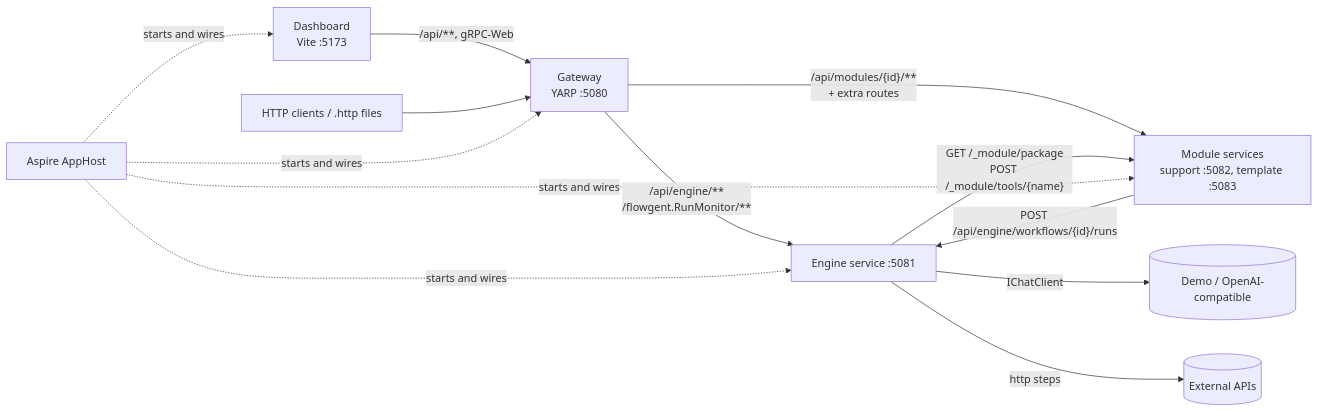
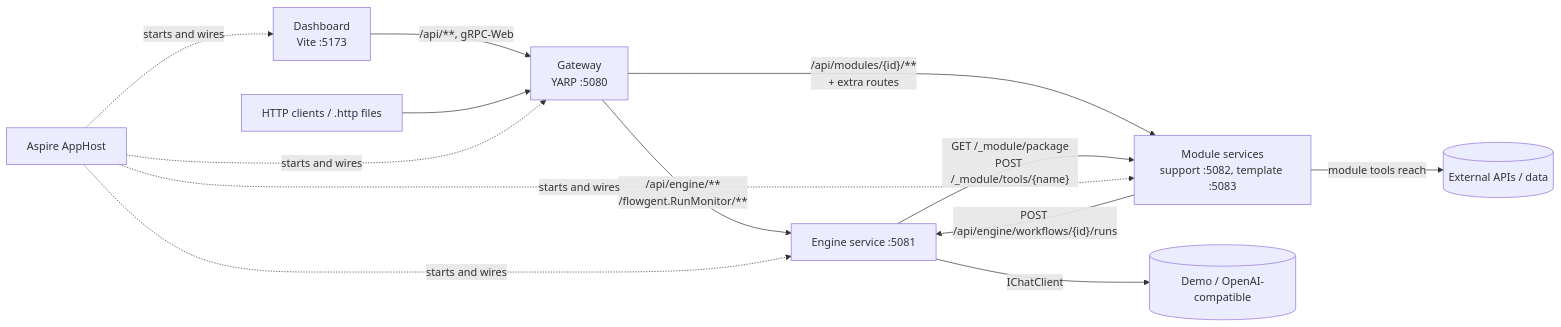
One commit to GabrieleTronchin/Flowgent changed the first of 2 diagrams in docs/architecture.md. Above: the diagram before and after it, drawn with Mermaid. The commit also changed 4 other files, not shown here.

````diff
--- a/docs/architecture.md
+++ b/docs/architecture.md
@@ -9,12 +9,12 @@
 ```mermaid
 graph LR
     Browser[Dashboard<br/>Vite :5173] -->|/api/**, gRPC-Web| GW[Gateway<br/>YARP :5080]
     Client[HTTP clients / .http files] --> GW
     GW -->|"/api/engine/**<br/>/flowgent.RunMonitor/**"| ENG[Engine service :5081]
     GW -->|"/api/modules/{id}/**<br/>+ extra routes"| MOD[Module services<br/>support :5082, template :5083]
     ENG -->|"GET /_module/package<br/>POST /_module/tools/{name}"| MOD
     MOD -->|"POST /api/engine/workflows/{id}/runs"| ENG
     ENG -->|IChatClient| LLM[(Demo / OpenAI-compatible)]
-    ENG -->|http steps| EXT[(External APIs)]
+    MOD -->|module tools reach| EXT[(External APIs / data)]
     HOST[Aspire AppHost] -. starts and wires .-> GW & ENG & MOD & Browser
 ```
````
